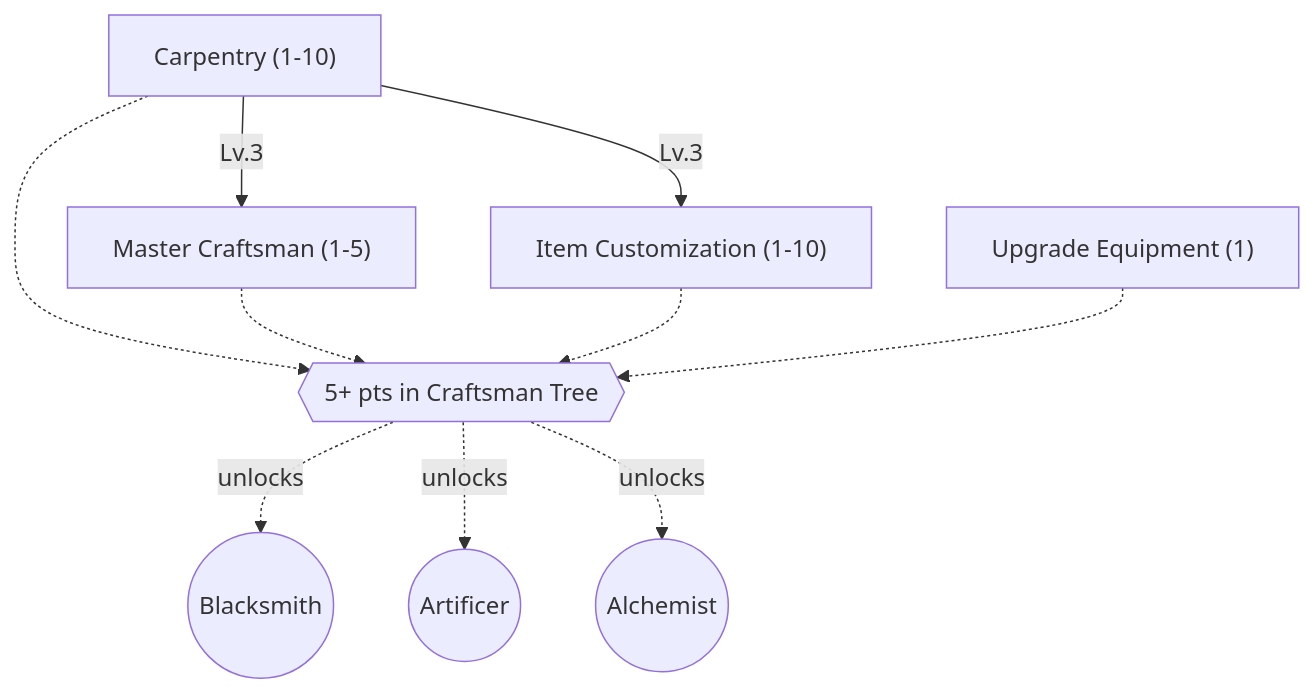
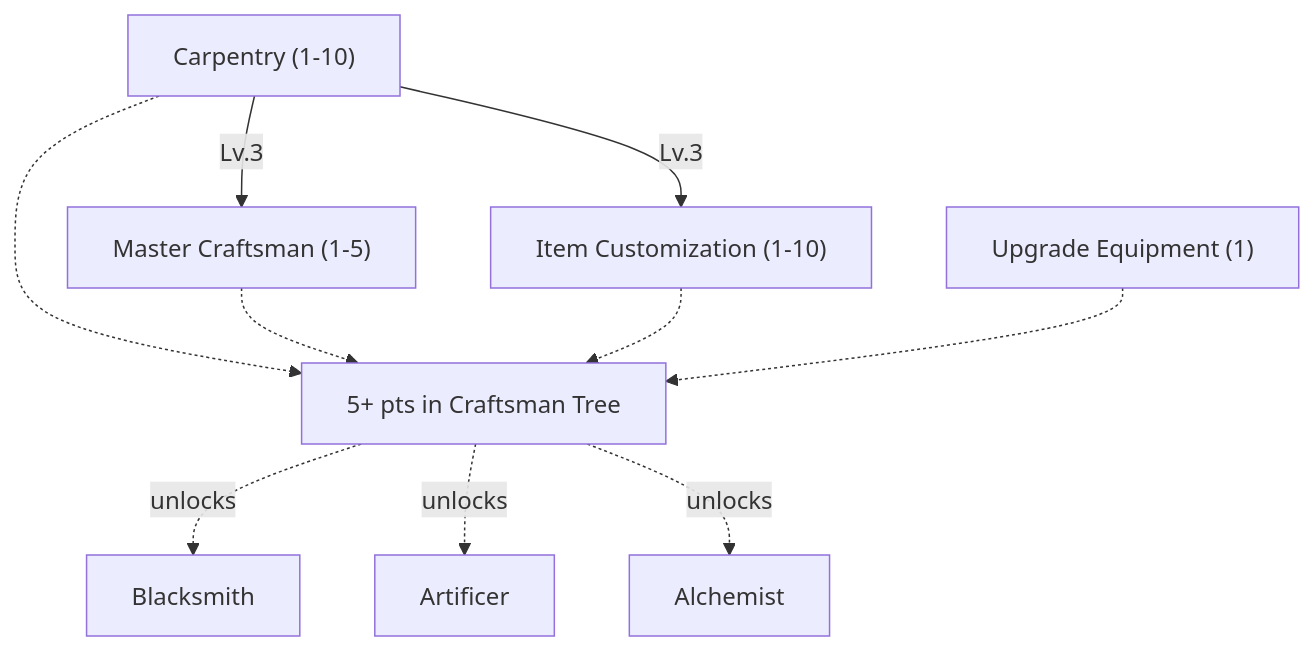
One commit to tfelix/bestia-docs changed the second of 16 diagrams in content/docs/mechanics/master.md. Above: the diagram before and after it, drawn with Mermaid. The commit also changed other lines of this file, not shown here.

````diff
--- a/content/docs/mechanics/master.md
+++ b/content/docs/mechanics/master.md
@@ -133,21 +133,21 @@
 ```mermaid
 graph TD
     Carpentry["Carpentry (1-10)"]
     UpgradeEquipment["Upgrade Equipment (1)"]
     MasterCraftsman["Master Craftsman (1-5)"]
     ItemCustomization["Item Customization (1-10)"]
-    Gate{{"5+ pts in Craftsman Tree"}}
-    Blacksmith(("Blacksmith"))
-    Artificer(("Artificer"))
-    Alchemist(("Alchemist"))
+    Gate["5+ pts in Craftsman Tree"]
+    Blacksmith["Blacksmith"]
+    Artificer["Artificer"]
+    Alchemist["Alchemist"]
 
     Carpentry -->|Lv.3| MasterCraftsman
     Carpentry -->|Lv.3| ItemCustomization
     Carpentry -.-> Gate
     MasterCraftsman -.-> Gate
     ItemCustomization -.-> Gate
     UpgradeEquipment -.-> Gate
     Gate -.->|unlocks| Blacksmith
     Gate -.->|unlocks| Artificer
     Gate -.->|unlocks| Alchemist
 ```
````
